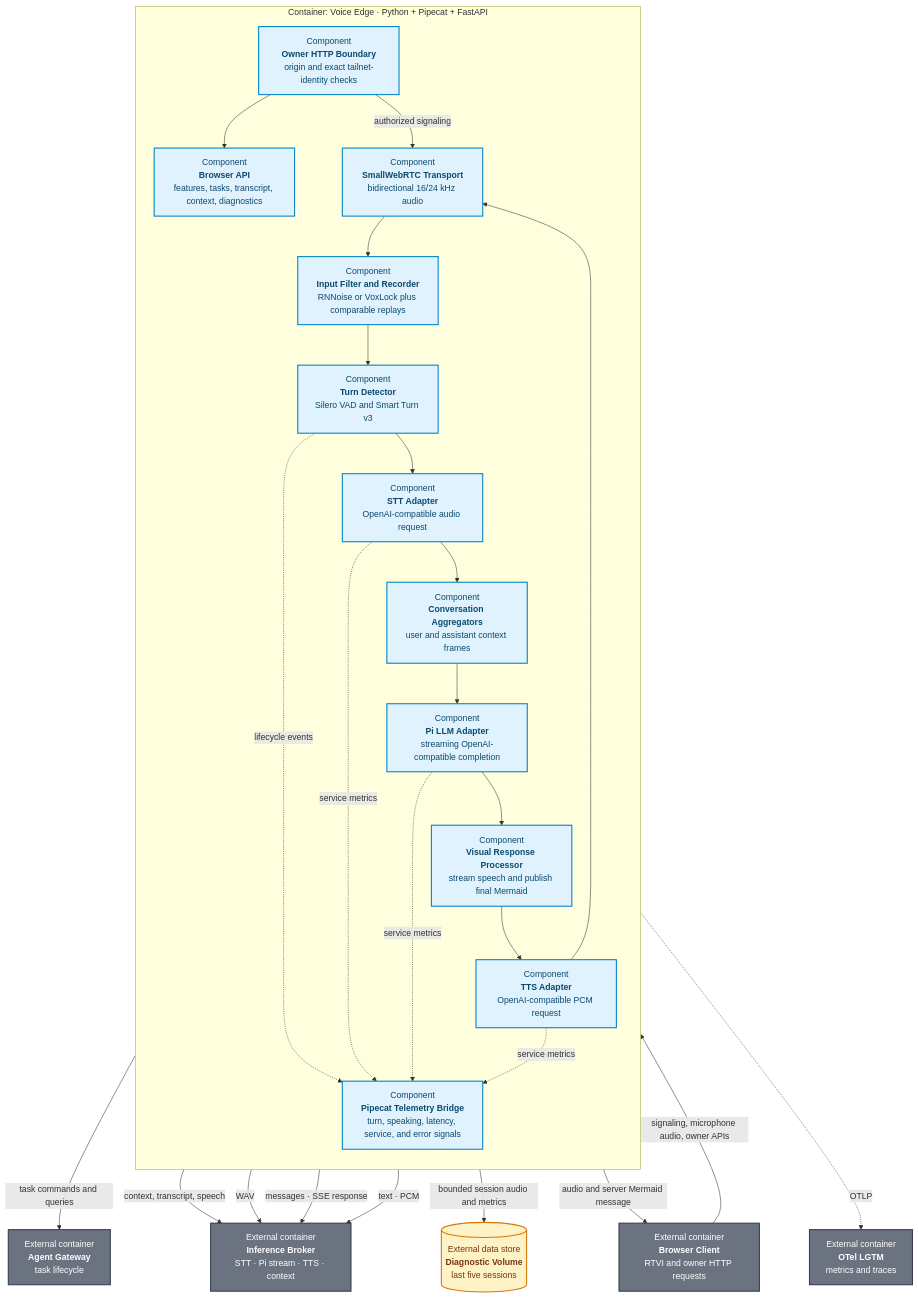
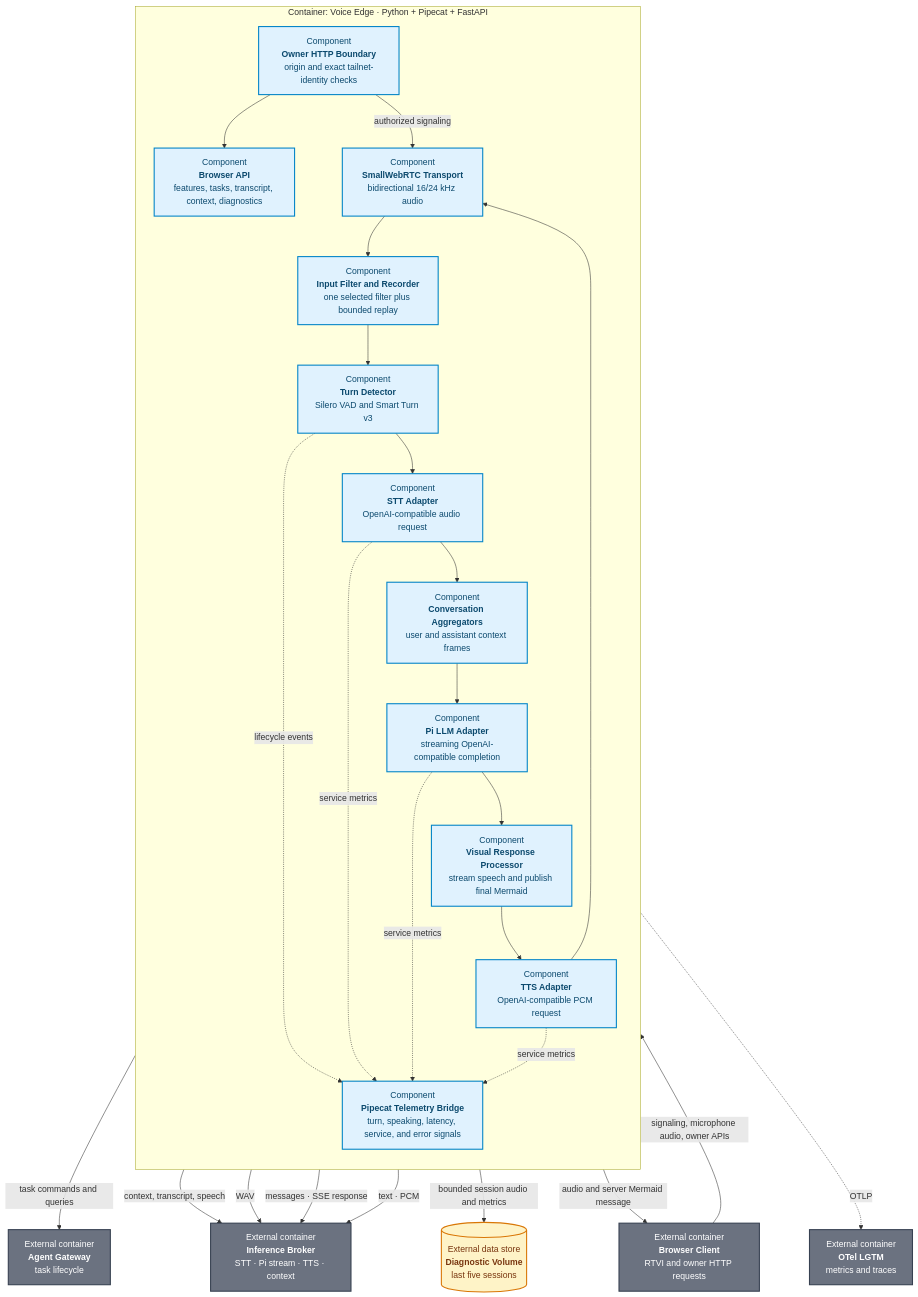
One commit to ragavsathish/agent-workload-platform changed the diagram in products/voice-agent/docs/architecture/c3-voice-edge.mmd. Above: the diagram before and after it, drawn with Mermaid. The commit also changed 14 other files, not shown here.

Commit message:
perf(voice-agent): run only selected audio filter

```diff
--- a/products/voice-agent/docs/architecture/c3-voice-edge.mmd
+++ b/products/voice-agent/docs/architecture/c3-voice-edge.mmd
@@ -1,46 +1,46 @@
 flowchart TB
     BROWSER[External container<br/><b>Browser Client</b><br/>RTVI and owner HTTP requests]
     BROKER[External container<br/><b>Inference Broker</b><br/>STT · Pi stream · TTS · context]
     GATEWAY[External container<br/><b>Agent Gateway</b><br/>task lifecycle]
     STORE[(External data store<br/><b>Diagnostic Volume</b><br/>last five sessions)]
     OTEL[External container<br/><b>OTel LGTM</b><br/>metrics and traces]
 
     subgraph EDGE["Container: Voice Edge · Python + Pipecat + FastAPI"]
         direction TB
         HTTP["Component<br/><b>Owner HTTP Boundary</b><br/>origin and exact tailnet-identity checks"]
         API["Component<br/><b>Browser API</b><br/>features, tasks, transcript, context, diagnostics"]
         TRANSPORT["Component<br/><b>SmallWebRTC Transport</b><br/>bidirectional 16/24 kHz audio"]
-        FILTER["Component<br/><b>Input Filter and Recorder</b><br/>RNNoise or VoxLock plus comparable replays"]
+        FILTER["Component<br/><b>Input Filter and Recorder</b><br/>one selected filter plus bounded replay"]
         TURN["Component<br/><b>Turn Detector</b><br/>Silero VAD and Smart Turn v3"]
         STT["Component<br/><b>STT Adapter</b><br/>OpenAI-compatible audio request"]
         CONTEXT["Component<br/><b>Conversation Aggregators</b><br/>user and assistant context frames"]
         LLM["Component<br/><b>Pi LLM Adapter</b><br/>streaming OpenAI-compatible completion"]
         VISUAL["Component<br/><b>Visual Response Processor</b><br/>stream speech and publish final Mermaid"]
         TTS["Component<br/><b>TTS Adapter</b><br/>OpenAI-compatible PCM request"]
         TELEMETRY["Component<br/><b>Pipecat Telemetry Bridge</b><br/>turn, speaking, latency, service, and error signals"]
 
         HTTP --> API
         TRANSPORT --> FILTER --> TURN --> STT --> CONTEXT --> LLM --> VISUAL --> TTS --> TRANSPORT
         TURN -.->|"lifecycle events"| TELEMETRY
         STT -.->|"service metrics"| TELEMETRY
         LLM -.->|"service metrics"| TELEMETRY
         TTS -.->|"service metrics"| TELEMETRY
     end
 
     BROWSER -->|"signaling, microphone audio, owner APIs"| HTTP
     HTTP -->|"authorized signaling"| TRANSPORT
     API -->|"task commands and queries"| GATEWAY
     API -->|"context, transcript, speech"| BROKER
     FILTER -->|"bounded session audio and metrics"| STORE
     STT -->|"WAV"| BROKER
     LLM -->|"messages · SSE response"| BROKER
     TTS -->|"text · PCM"| BROKER
     TRANSPORT -->|"audio and server Mermaid message"| BROWSER
     TELEMETRY -.->|"OTLP"| OTEL
 
     classDef component fill:#e0f2fe,color:#0c4a6e,stroke:#0284c7,stroke-width:2px;
     classDef external fill:#6b7280,color:#fff,stroke:#374151,stroke-width:2px;
     classDef data fill:#fef3c7,color:#78350f,stroke:#d97706,stroke-width:2px;
     class HTTP,API,TRANSPORT,FILTER,TURN,STT,CONTEXT,LLM,VISUAL,TTS,TELEMETRY component;
     class BROWSER,BROKER,GATEWAY,OTEL external;
     class STORE data;
```
